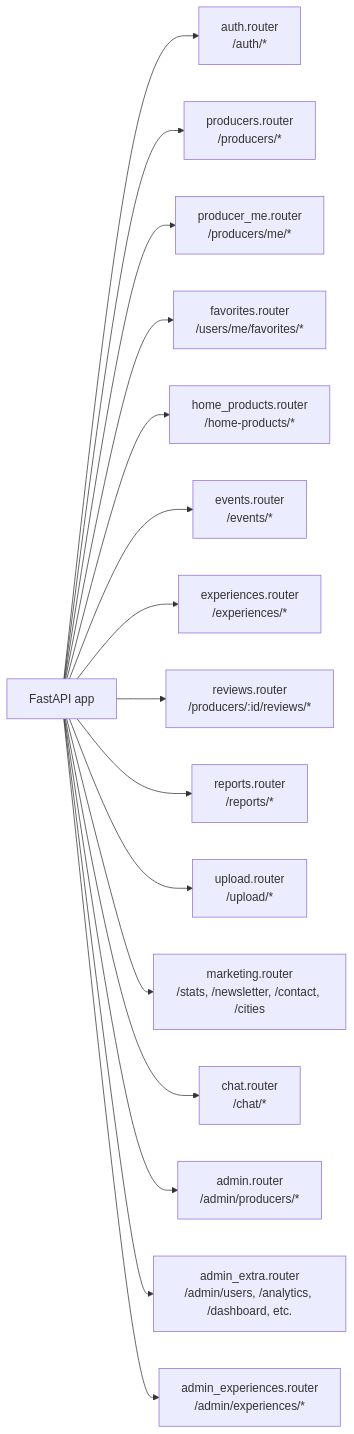
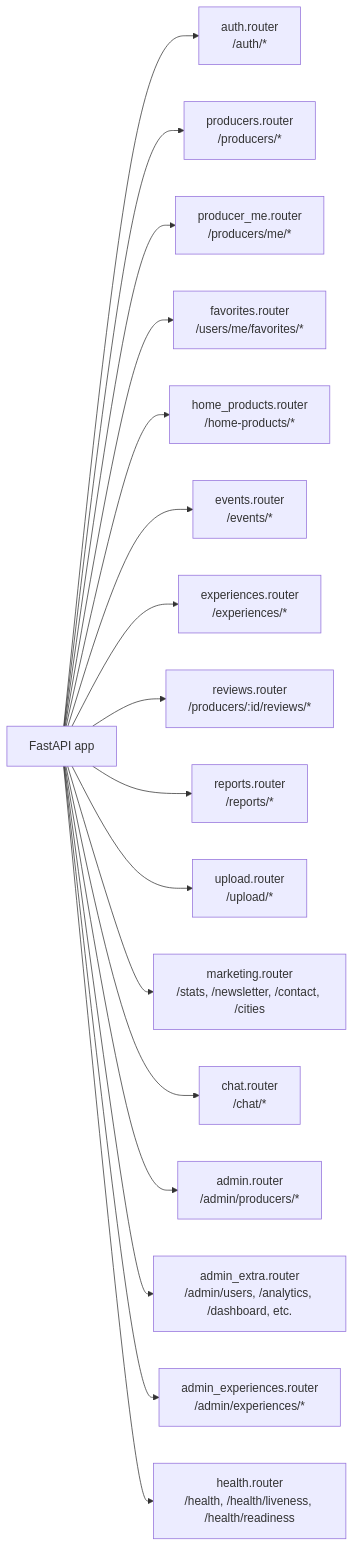
Before and after one commit to levismadar80-ship-it/FoodMamkor: the first of 7 diagrams in .ai/diagrams/api-routes.md, drawn with Mermaid. The commit also changed other lines of this file and 3 other files, not shown here.

````diff
--- a/.ai/diagrams/api-routes.md
+++ b/.ai/diagrams/api-routes.md
@@ -17,18 +17,19 @@
 ```mermaid
 graph LR
     App[FastAPI app] --> Auth[auth.router<br/>/auth/*]
     App --> Producers[producers.router<br/>/producers/*]
     App --> ProducerMe[producer_me.router<br/>/producers/me/*]
     App --> Favorites[favorites.router<br/>/users/me/favorites/*]
     App --> HomeProducts[home_products.router<br/>/home-products/*]
     App --> Events[events.router<br/>/events/*]
     App --> Experiences[experiences.router<br/>/experiences/*]
     App --> Reviews[reviews.router<br/>/producers/:id/reviews/*]
     App --> Reports[reports.router<br/>/reports/*]
     App --> Upload[upload.router<br/>/upload/*]
     App --> Marketing[marketing.router<br/>/stats, /newsletter, /contact, /cities]
     App --> Chat[chat.router<br/>/chat/*]
     App --> Admin[admin.router<br/>/admin/producers/*]
     App --> AdminExtra[admin_extra.router<br/>/admin/users, /analytics, /dashboard, etc.]
     App --> AdminExperiences[admin_experiences.router<br/>/admin/experiences/*]
+    App --> Health[health.router<br/>/health, /health/liveness, /health/readiness]
 ```
````
